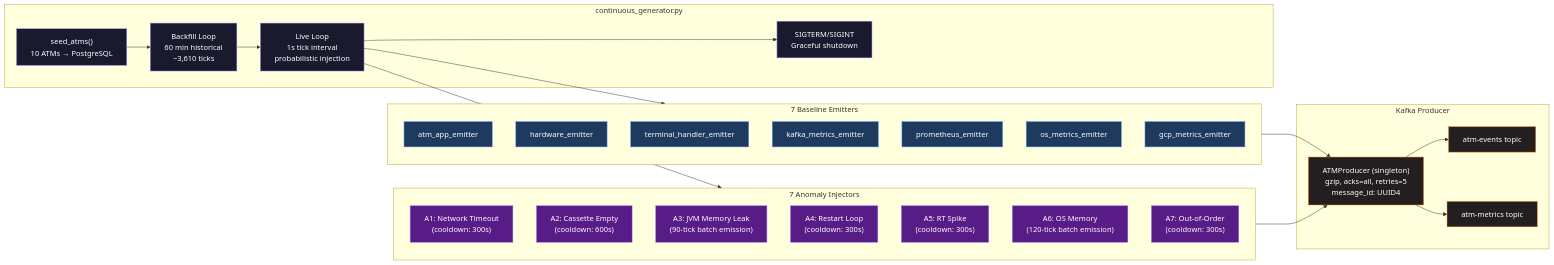
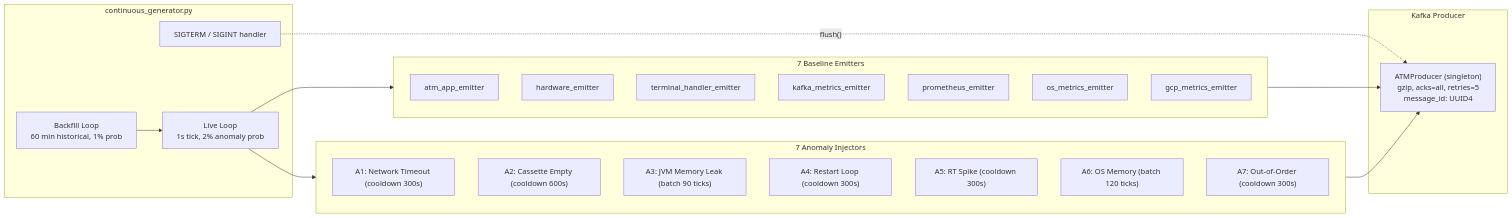
The second of 8 diagrams in README.md (AhmedIkram05/laad), drawn with Mermaid before and after one commit. The commit also changed other lines of this file, not shown here.

````diff
--- a/README.md
+++ b/README.md
@@ -213,53 +251,38 @@
 ```mermaid
 flowchart LR
   subgraph Generator ["continuous_generator.py"]
-    SEED["seed_atms()\n10 ATMs → PostgreSQL"]
-    BF["Backfill Loop\n60 min historical\n~3,610 ticks"]
-    LIVE["Live Loop\n1s tick interval\nprobabilistic injection"]
-    SIG["SIGTERM/SIGINT\nGraceful shutdown"]
+    LIVE["Live Loop<br/>1s tick, 2% anomaly prob"]
+    BF["Backfill Loop<br/>60 min historical, 1% prob"]
+    SIG["SIGTERM / SIGINT handler"]
   end
 
   subgraph Emitters ["7 Baseline Emitters"]
     E1["atm_app_emitter"]
     E2["hardware_emitter"]
     E3["terminal_handler_emitter"]
     E4["kafka_metrics_emitter"]
     E5["prometheus_emitter"]
     E6["os_metrics_emitter"]
     E7["gcp_metrics_emitter"]
   end
 
   subgraph Injectors ["7 Anomaly Injectors"]
-    I1["A1: Network Timeout\n(cooldown: 300s)"]
-    I2["A2: Cassette Empty\n(cooldown: 600s)"]
-    I3["A3: JVM Memory Leak\n(90-tick batch emission)"]
-    I4["A4: Restart Loop\n(cooldown: 300s)"]
-    I5["A5: RT Spike\n(cooldown: 300s)"]
-    I6["A6: OS Memory\n(120-tick batch emission)"]
-    I7["A7: Out-of-Order\n(cooldown: 300s)"]
+    I1["A1: Network Timeout (cooldown 300s)"]
+    I2["A2: Cassette Empty (cooldown 600s)"]
+    I3["A3: JVM Memory Leak (batch 90 ticks)"]
+    I4["A4: Restart Loop (cooldown 300s)"]
+    I5["A5: RT Spike (cooldown 300s)"]
+    I6["A6: OS Memory (batch 120 ticks)"]
+    I7["A7: Out-of-Order (cooldown 300s)"]
   end
 
   subgraph Producer ["Kafka Producer"]
-    P["ATMProducer (singleton)\ngzip, acks=all, retries=5\nmessage_id: UUID4"]
-    T1["atm-events topic"]
-    T2["atm-metrics topic"]
+    P["ATMProducer (singleton)<br/>gzip, acks=all, retries=5<br/>message_id: UUID4"]
   end
 
-  SEED --> BF --> LIVE --> SIG
-  LIVE --> Emitters
+  BF --> LIVE --> Emitters
   LIVE --> Injectors
   Emitters --> P
   Injectors --> P
-  P --> T1
-  P --> T2
-
-  classDef gen fill:#1a1a2e,stroke:#a78bfa,color:#ffffff;
-  classDef emit fill:#1e3a5f,stroke:#60a5fa,color:#ffffff;
-  classDef inj fill:#581c87,stroke:#a78bfa,color:#ffffff;
-  classDef prod fill:#231f20,stroke:#f97316,color:#ffffff;
-
-  class SEED,BF,LIVE,SIG gen;
-  class E1,E2,E3,E4,E5,E6,E7 emit;
-  class I1,I2,I3,I4,I5,I6,I7 inj;
-  class P,T1,T2 prod;
+  SIG -.->|"flush()"| P
 ```
````
